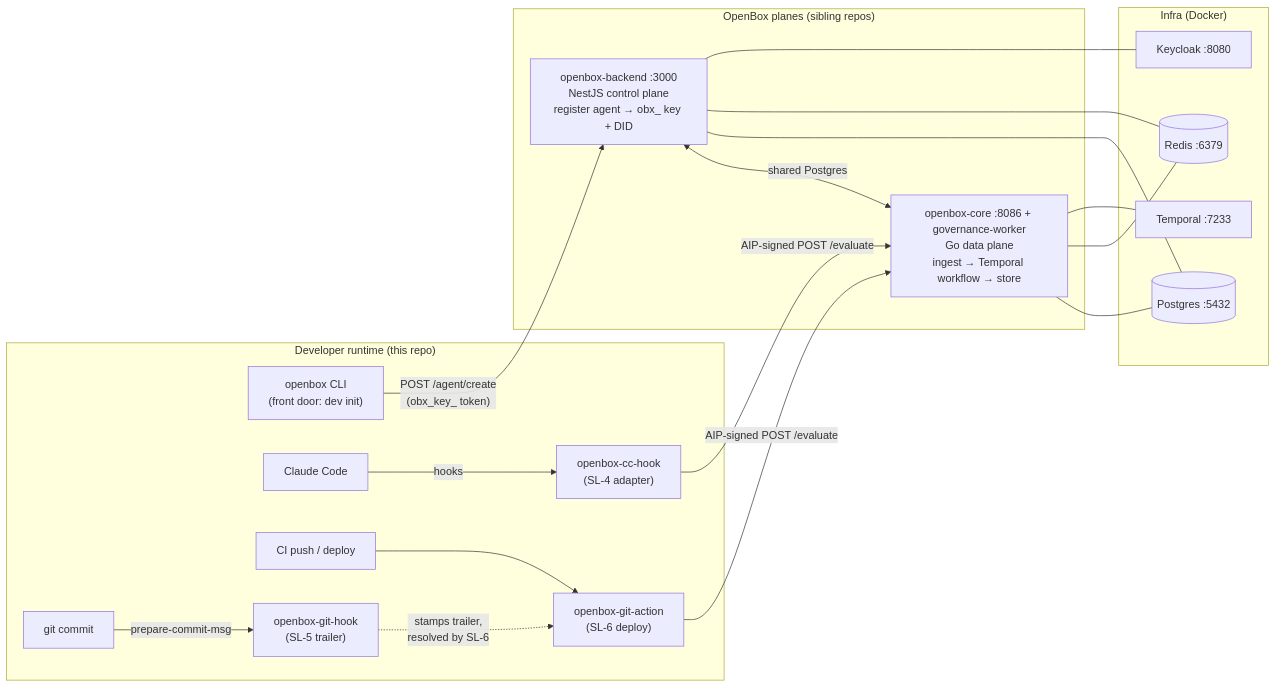
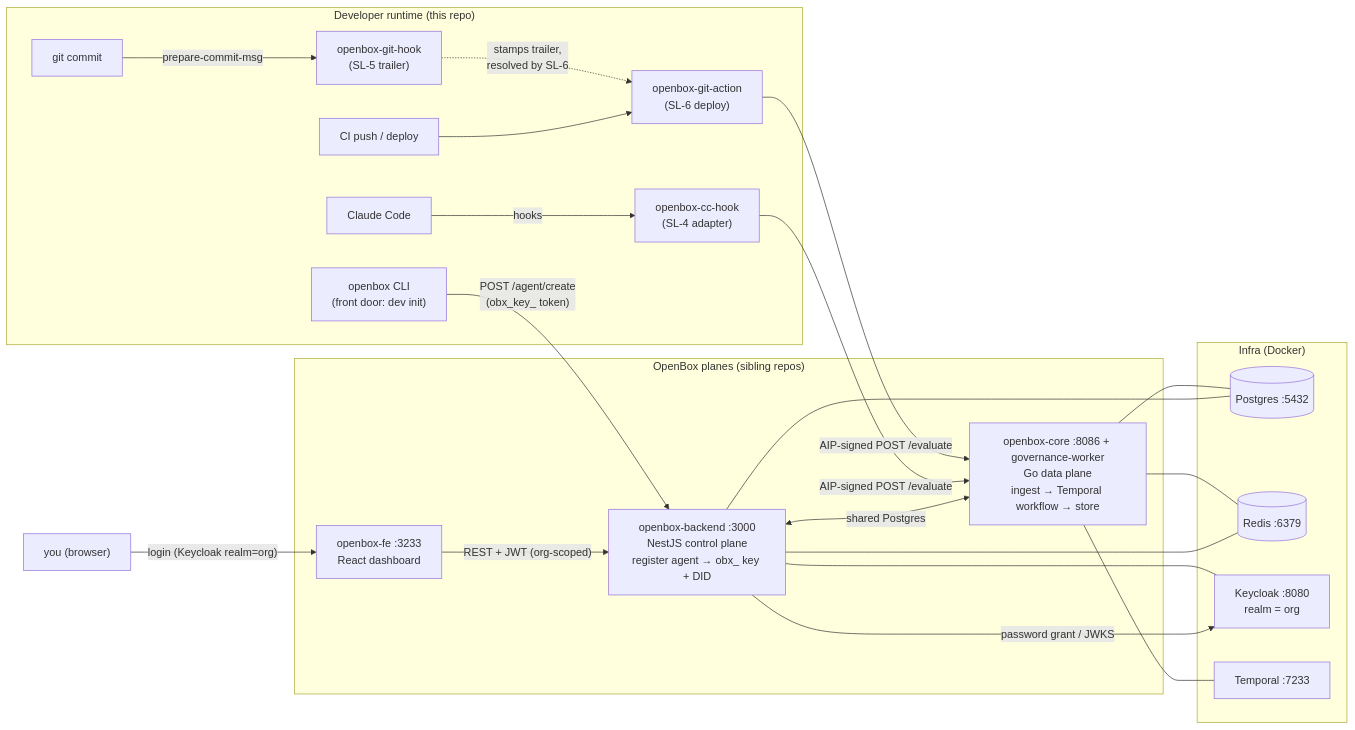
Before and after one commit to OpenBox-AI/openbox-shift-left: the diagram in RUNBOOK.md, drawn with Mermaid. The commit also changed other lines of this file, not shown here.

First line of the commit message:
Docs: RUNBOOK — add Path B (Keycloak auth + openbox-fe dashboard)

````diff
--- a/RUNBOOK.md
+++ b/RUNBOOK.md
@@ -15,35 +21,39 @@
 ```mermaid
 flowchart LR
     subgraph dev["Developer runtime (this repo)"]
         CLI["openbox CLI<br/>(front door: dev init)"]
         CC["Claude Code"]
         GIT["git commit"]
         CI["CI push / deploy"]
         H["openbox-cc-hook<br/>(SL-4 adapter)"]
         GH["openbox-git-hook<br/>(SL-5 trailer)"]
         GA["openbox-git-action<br/>(SL-6 deploy)"]
         CC -- hooks --> H
         GIT -- prepare-commit-msg --> GH
         CI --> GA
         GH -. "stamps trailer,<br/>resolved by SL-6" .-> GA
     end
 
     subgraph plane["OpenBox planes (sibling repos)"]
+        FE["openbox-fe :3233<br/>React dashboard"]
         BE["openbox-backend :3000<br/>NestJS control plane<br/>register agent → obx_ key + DID"]
         CORE["openbox-core :8086 + governance-worker<br/>Go data plane<br/>ingest → Temporal workflow → store"]
         BE <-- "shared Postgres" --> CORE
     end
 
     subgraph infra["Infra (Docker)"]
         PG[("Postgres :5432")]
         RD[("Redis :6379")]
-        KC["Keycloak :8080"]
+        KC["Keycloak :8080<br/>realm = org"]
         TP["Temporal :7233"]
     end
 
+    DEVUSER["you (browser)"] -- "login (Keycloak realm=org)" --> FE
+    FE -- "REST + JWT (org-scoped)" --> BE
+    BE -- "password grant / JWKS" --> KC
     CLI -- "POST /agent/create<br/>(obx_key_ token)" --> BE
     H -- "AIP-signed POST /evaluate" --> CORE
     GA -- "AIP-signed POST /evaluate" --> CORE
     BE --- PG & RD & KC
     CORE --- PG & RD & TP
 ```
````
